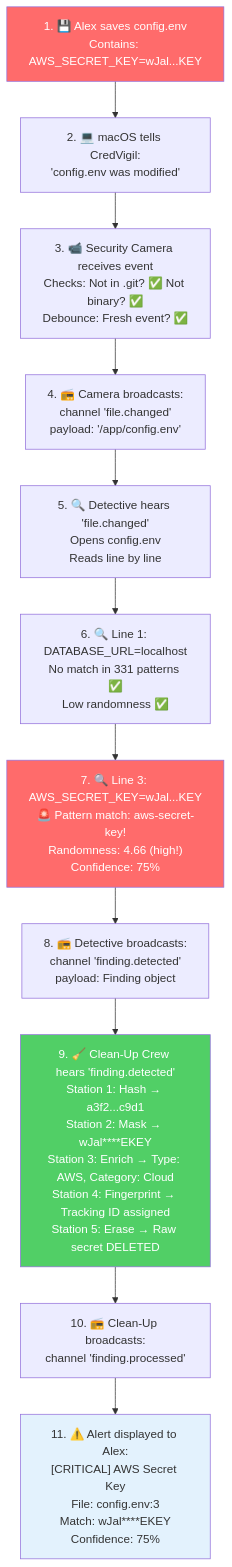
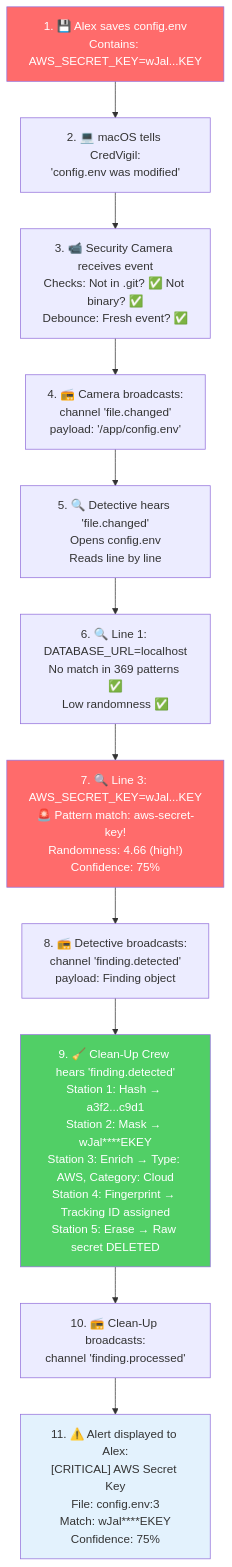
One commit to svemulapati/CredVigil changed diagram 21 of 22 in docs/training/00-System-Design-Simple-Overview.md. Above: the diagram before and after it, drawn with Mermaid. The commit also changed other lines of this file and 20 other files, not shown here.

````diff
--- a/docs/training/00-System-Design-Simple-Overview.md
+++ b/docs/training/00-System-Design-Simple-Overview.md
@@ -666,21 +666,21 @@
 ```mermaid
 flowchart TB
     A["1. 💾 Alex saves config.env\nContains: AWS_SECRET_KEY=wJal...KEY"]
     B["2. 💻 macOS tells CredVigil:\n'config.env was modified'"]
     C["3. 📹 Security Camera receives event\nChecks: Not in .git? ✅ Not binary? ✅\nDebounce: Fresh event? ✅"]
     D["4. 📻 Camera broadcasts:\nchannel 'file.changed'\npayload: '/app/config.env'"]
     E["5. 🔍 Detective hears 'file.changed'\nOpens config.env\nReads line by line"]
-    F["6. 🔍 Line 1: DATABASE_URL=localhost\nNo match in 331 patterns ✅\nLow randomness ✅"]
+    F["6. 🔍 Line 1: DATABASE_URL=localhost\nNo match in 369 patterns ✅\nLow randomness ✅"]
     G["7. 🔍 Line 3: AWS_SECRET_KEY=wJal...KEY\n🚨 Pattern match: aws-secret-key!\nRandomness: 4.66 (high!)\nConfidence: 75%"]
     H["8. 📻 Detective broadcasts:\nchannel 'finding.detected'\npayload: Finding object"]
     I["9. 🧹 Clean-Up Crew hears 'finding.detected'\nStation 1: Hash → a3f2...c9d1\nStation 2: Mask → wJal****EKEY\nStation 3: Enrich → Type: AWS, Category: Cloud\nStation 4: Fingerprint → Tracking ID assigned\nStation 5: Erase → Raw secret DELETED"]
     J["10. 📻 Clean-Up broadcasts:\nchannel 'finding.processed'"]
     K["11. ⚠️ Alert displayed to Alex:\n[CRITICAL] AWS Secret Key\nFile: config.env:3\nMatch: wJal****EKEY\nConfidence: 75%"]
 
     A --> B --> C --> D --> E --> F --> G --> H --> I --> J --> K
 
     style A fill:#ff6b6b,color:white
     style G fill:#ff6b6b,color:white
     style I fill:#51cf66,color:white
     style K fill:#e3f2fd
 ```
````
